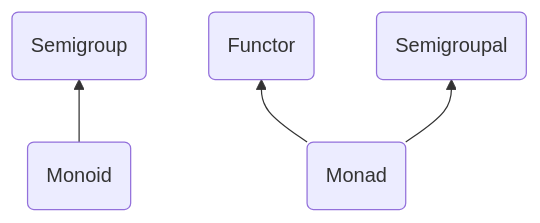
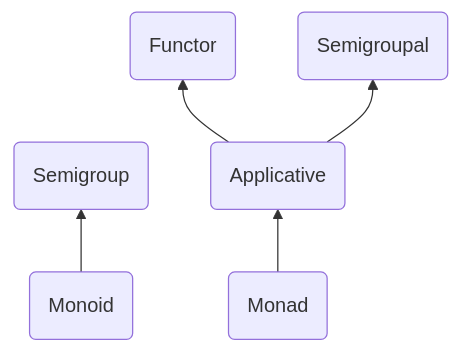
One commit to DarrenBishop/cats-course changed the diagram in m4-type-classes/docs/00-TypeClassHierachy.md. Above: the diagram before and after it, drawn with Mermaid. The commit also changed 6 other files, not shown here.

````diff
--- a/m4-type-classes/docs/00-TypeClassHierachy.md
+++ b/m4-type-classes/docs/00-TypeClassHierachy.md
@@ -3,11 +3,8 @@
 ```mermaid
 flowchart BT
-    S(Semigroup)
-    MO(Monoid)
-    MO --> S
-    F(Functor)
-    SL(Semigroupal)
-    MA(Monad)
-    MA --> F
-    MA --> SL
+    MO(Monoid) --> S(Semigroup)
+    A(Applicative)
+    A --> F(Functor)
+    A --> SL(Semigroupal)
+    MA(Monad) --> A
 ```
````
